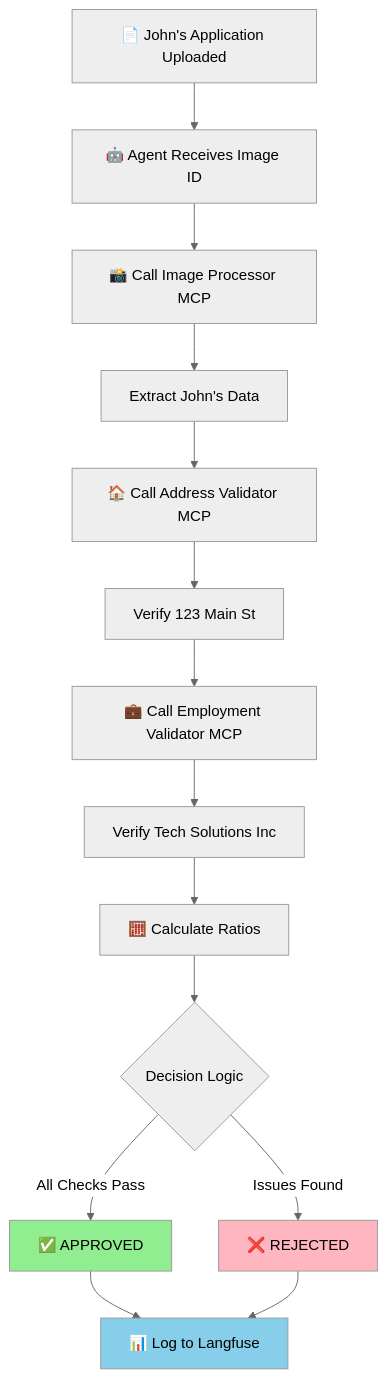
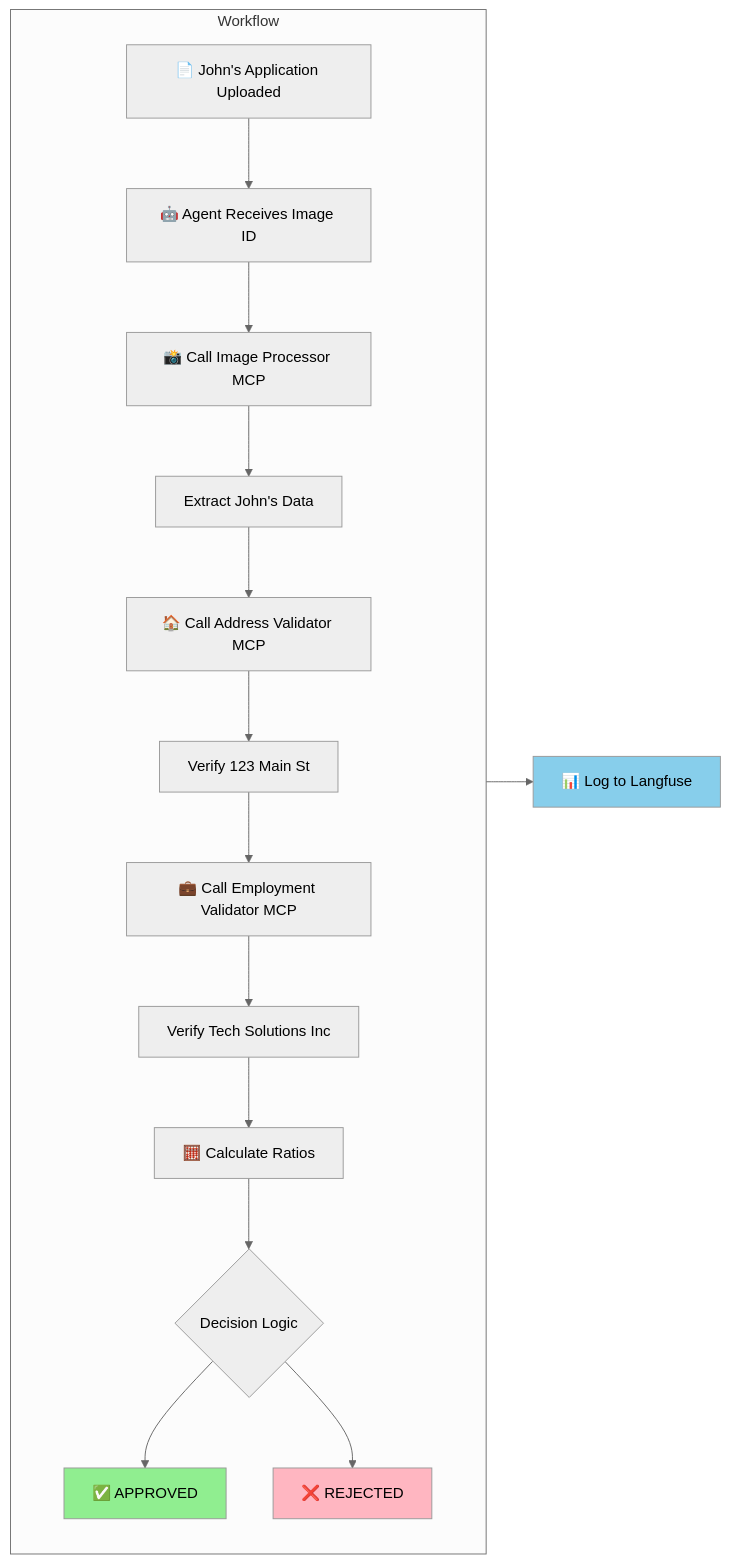
Before and after one commit to aws-samples/sample-genai-on-eks-starter-kit: the diagram in workshops/eks-genai-workshop/content/module3-genai-applications/application-components.en.md, drawn with Mermaid (neutral theme). The commit also changed 1 other file, not shown here.

Commit message:
Update Diagrams

````diff
--- a/workshops/eks-genai-workshop/content/module3-genai-applications/application-components.en.md
+++ b/workshops/eks-genai-workshop/content/module3-genai-applications/application-components.en.md
@@ -166,20 +166,34 @@
 ```mermaid
-graph TD
-    A[📄 John's Application Uploaded] --> B[🤖 Agent Receives Image ID]
-    B --> C[📸 Call Image Processor MCP]
-    C --> D[Extract John's Data]
-    D --> E[🏠 Call Address Validator MCP]
-    E --> F[Verify 123 Main St]
-    F --> G[💼 Call Employment Validator MCP]
-    G --> H[Verify Tech Solutions Inc]
-    H --> I[🧮 Calculate Ratios]
-    I --> J{Decision Logic}
-    J -->|All Checks Pass| K[✅ APPROVED]
-    J -->|Issues Found| L[❌ REJECTED]
-    K --> M[📊 Log to Langfuse]
-    L --> M
+graph LR
+    subgraph "Workflow"
+        A[📄 John's Application Uploaded]
+        B[🤖 Agent Receives Image ID]
+        C[📸 Call Image Processor MCP]
+        D[Extract John's Data]
+        E[🏠 Call Address Validator MCP]
+        F[Verify 123 Main St]
+        G[💼 Call Employment Validator MCP]
+        H[Verify Tech Solutions Inc]
+        I[🧮 Calculate Ratios]
+        J{Decision Logic}
+        K[✅ APPROVED]
+        L[❌ REJECTED]
+    end
     
+    A --> B
+    B --> C
+    C --> D
+    D --> E
+    E --> F
+    F --> G
+    G --> H
+    H --> I
+    I --> J
+    J --> K
+    J --> L
+    Workflow --> M[📊 Log to Langfuse]
+
     style K fill:#90EE90
     style L fill:#FFB6C1
     style M fill:#87CEEB
 ```
````
